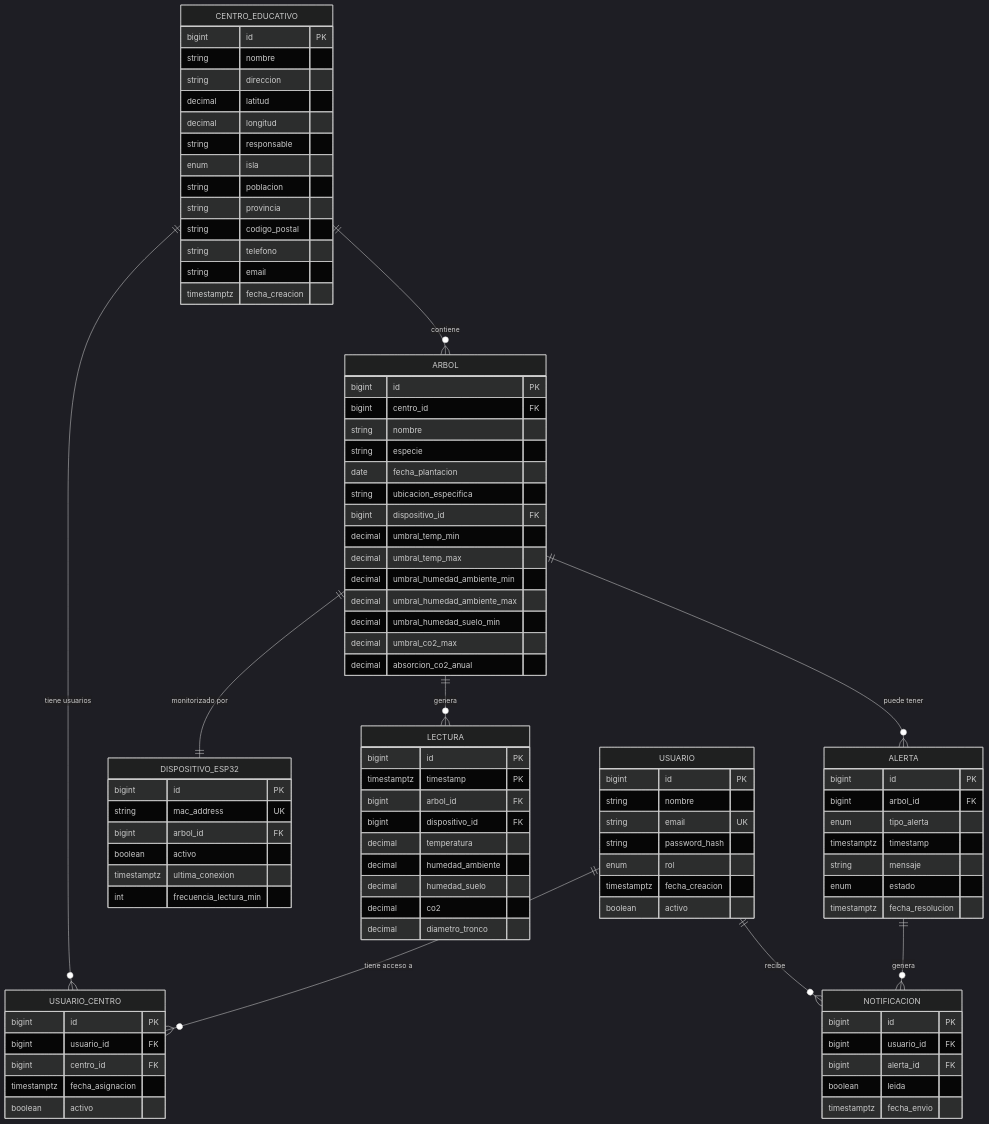
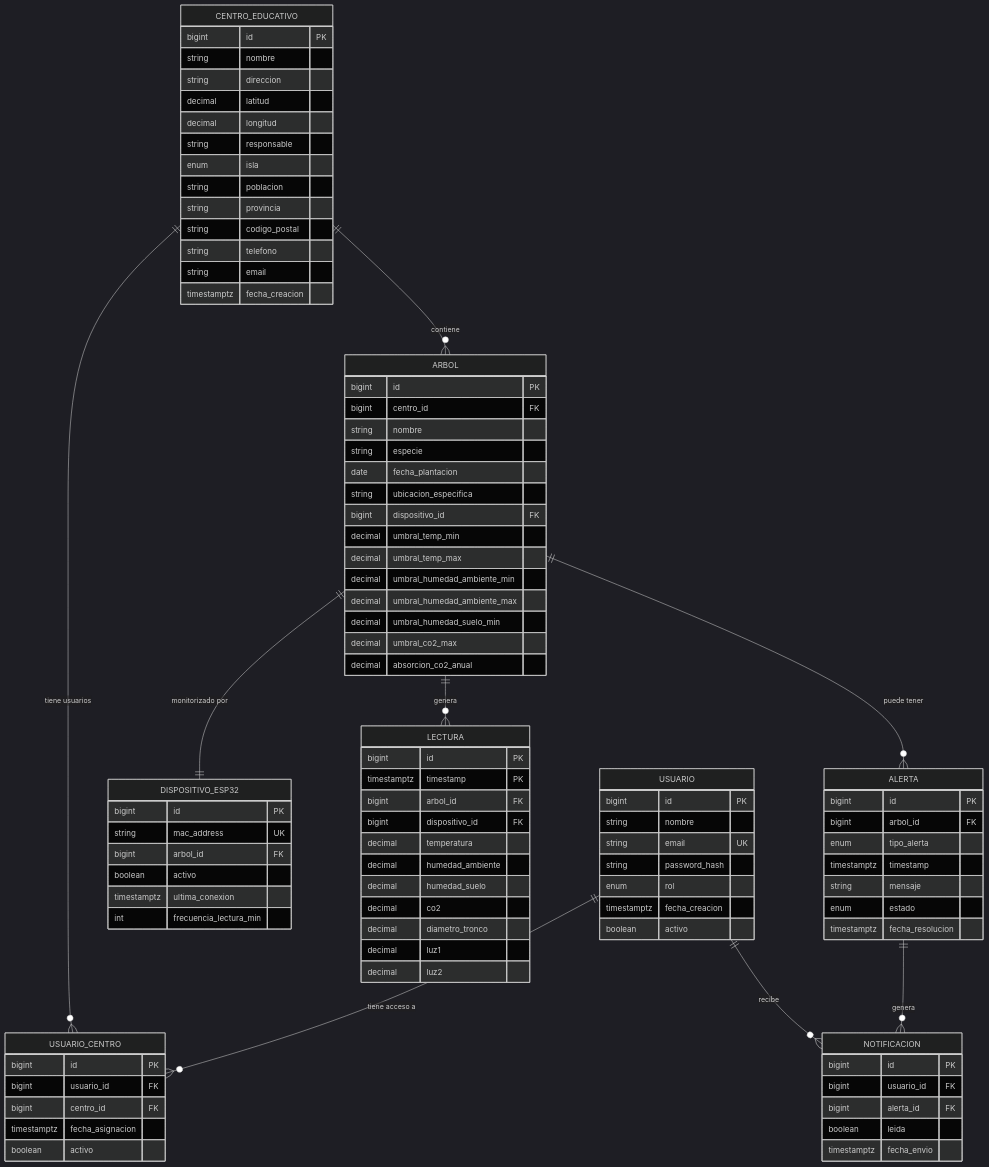
One commit to riordi80/vocational-training-final-project changed the first of 2 diagrams in docs/04. MODELO_DATOS.md. Above: the diagram before and after it, drawn with Mermaid (dark theme). The commit also changed other lines of this file and 2 other files, not shown here.

First line of the commit message:
docs: update data model, IoT roadmap and ESP32 README for LDR sensors

```diff
--- a/docs/04. MODELO_DATOS.md
+++ b/docs/04. MODELO_DATOS.md
@@ -118,6 +118,8 @@
         decimal humedad_suelo
         decimal co2
         decimal diametro_tronco
+        decimal luz1
+        decimal luz2
     }
 
     ALERTA {
```
